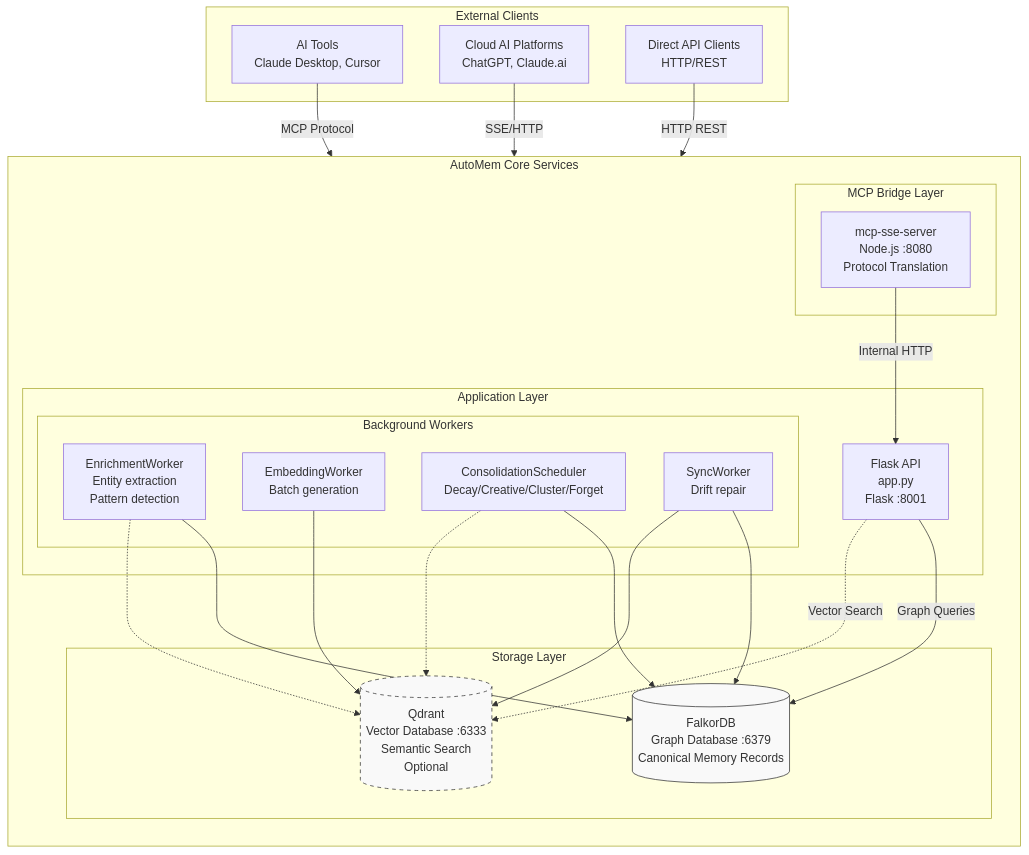
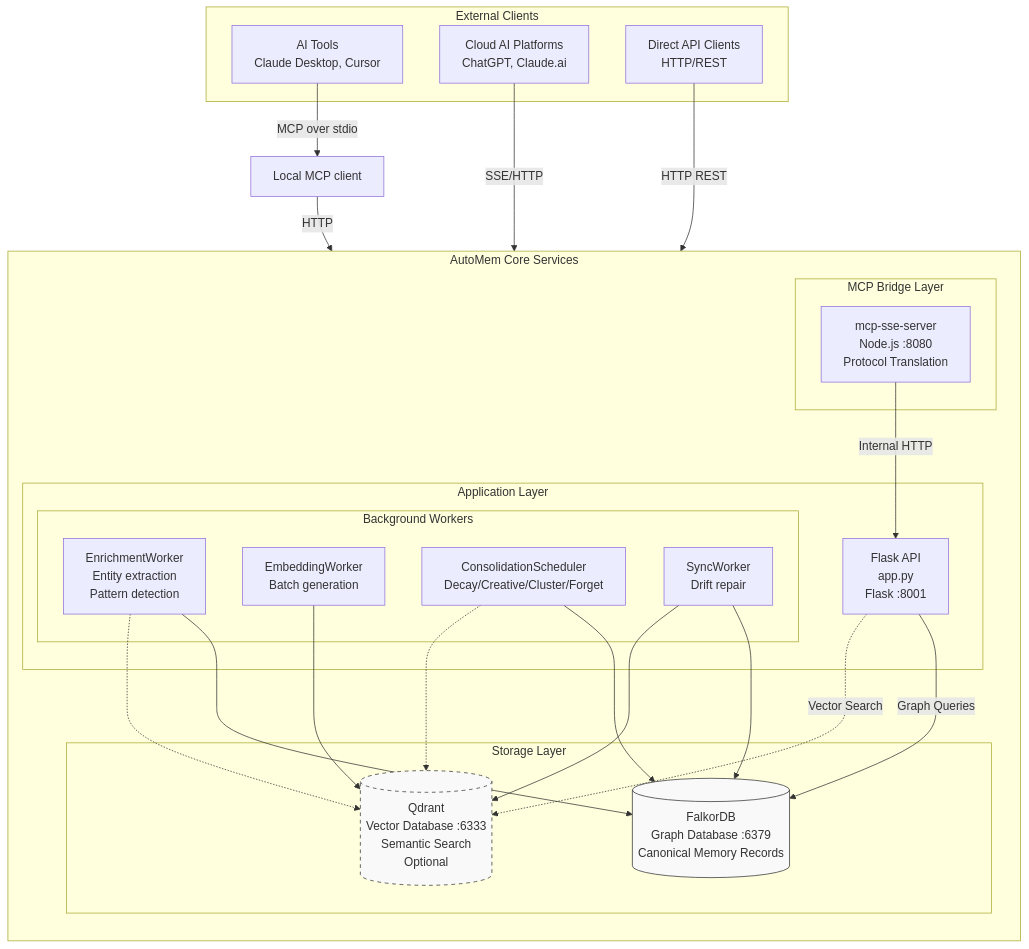
The first of 2 diagrams in src/content/docs/docs/getting-started/introduction.md (verygoodplugins/automem-website), drawn with Mermaid before and after one commit. The commit also changed other lines of this file and 7 other files, not shown here.

````diff
--- a/src/content/docs/docs/getting-started/introduction.md
+++ b/src/content/docs/docs/getting-started/introduction.md
@@ -52,52 +46,53 @@
 ```mermaid
 graph TB
     subgraph clients["External Clients"]
         AITools["AI Tools<br/>Claude Desktop, Cursor"]
         CloudAI["Cloud AI Platforms<br/>ChatGPT, Claude.ai"]
         DirectAPI["Direct API Clients<br/>HTTP/REST"]
     end
 
     subgraph core["AutoMem Core Services"]
         direction TB
 
         subgraph bridge["MCP Bridge Layer"]
             MCPBridge["mcp-sse-server<br/>Node.js :8080<br/>Protocol Translation"]
         end
 
         subgraph app_layer["Application Layer"]
             FlaskAPI["Flask API<br/>app.py<br/>Flask :8001"]
 
             subgraph workers["Background Workers"]
                 EnrichWorker["EnrichmentWorker<br/>Entity extraction<br/>Pattern detection"]
                 EmbedWorker["EmbeddingWorker<br/>Batch generation"]
                 ConsolWorker["ConsolidationScheduler<br/>Decay/Creative/Cluster/Forget"]
                 SyncWorker["SyncWorker<br/>Drift repair"]
             end
         end
 
         subgraph storage["Storage Layer"]
             FalkorDB[("FalkorDB<br/>Graph Database :6379<br/>Canonical Memory Records")]
             Qdrant[("Qdrant<br/>Vector Database :6333<br/>Semantic Search<br/>Optional")]
         end
     end
 
-    AITools -->|"MCP Protocol"| FlaskAPI
+    AITools -->|"MCP over stdio"| LocalMCP["Local MCP client"]
+    LocalMCP -->|"HTTP"| FlaskAPI
     CloudAI -->|"SSE/HTTP"| MCPBridge
     DirectAPI -->|"HTTP REST"| FlaskAPI
 
     MCPBridge -->|"Internal HTTP"| FlaskAPI
 
     FlaskAPI -->|"Graph Queries"| FalkorDB
     FlaskAPI -.->|"Vector Search"| Qdrant
 
     EnrichWorker --> FalkorDB
     EnrichWorker -.-> Qdrant
     EmbedWorker --> Qdrant
     ConsolWorker --> FalkorDB
     ConsolWorker -.-> Qdrant
     SyncWorker --> FalkorDB
     SyncWorker --> Qdrant
 
     style FalkorDB fill:#f9f9f9,stroke:#333
     style Qdrant fill:#f9f9f9,stroke:#333,stroke-dasharray: 5 5
 ```
````
